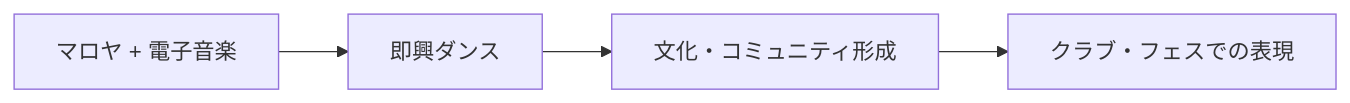
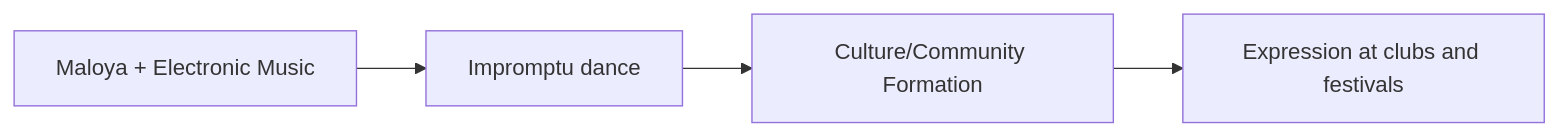
The sixth of 6 diagrams in en/_posts/2025-10-04-Column-Nyege-Nyege.md (monumental-movement/monumental-movement.github.io), drawn with Mermaid before and after one commit. The commit also changed other lines of this file and 152 other files, not shown here.

```diff
--- a/en/_posts/2025-10-04-Column-Nyege-Nyege.md
+++ b/en/_posts/2025-10-04-Column-Nyege-Nyege.md
@@ -284,7 +284,7 @@
 <div class="mermaid">
 
 flowchart LR
-    Music["マロヤ + 電子音楽"] --> Dance["即興ダンス"]
-    Dance --> Community["文化・コミュニティ形成"]
-    Community --> Festivals["クラブ・フェスでの表現"]
+    Music["Maloya + Electronic Music"] --> Dance["Impromptu dance"]
+    Dance --> Community["Culture/Community Formation"]
+    Community --> Festivals["Expression at clubs and festivals"]
 </div>
```
